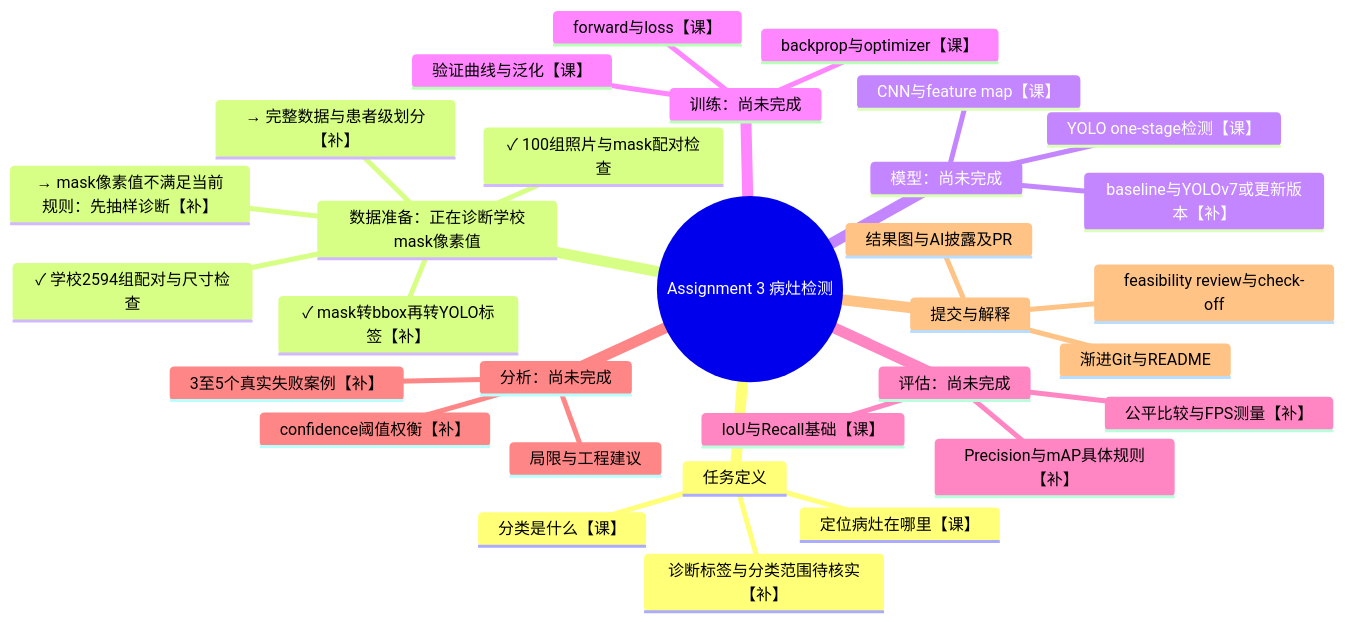
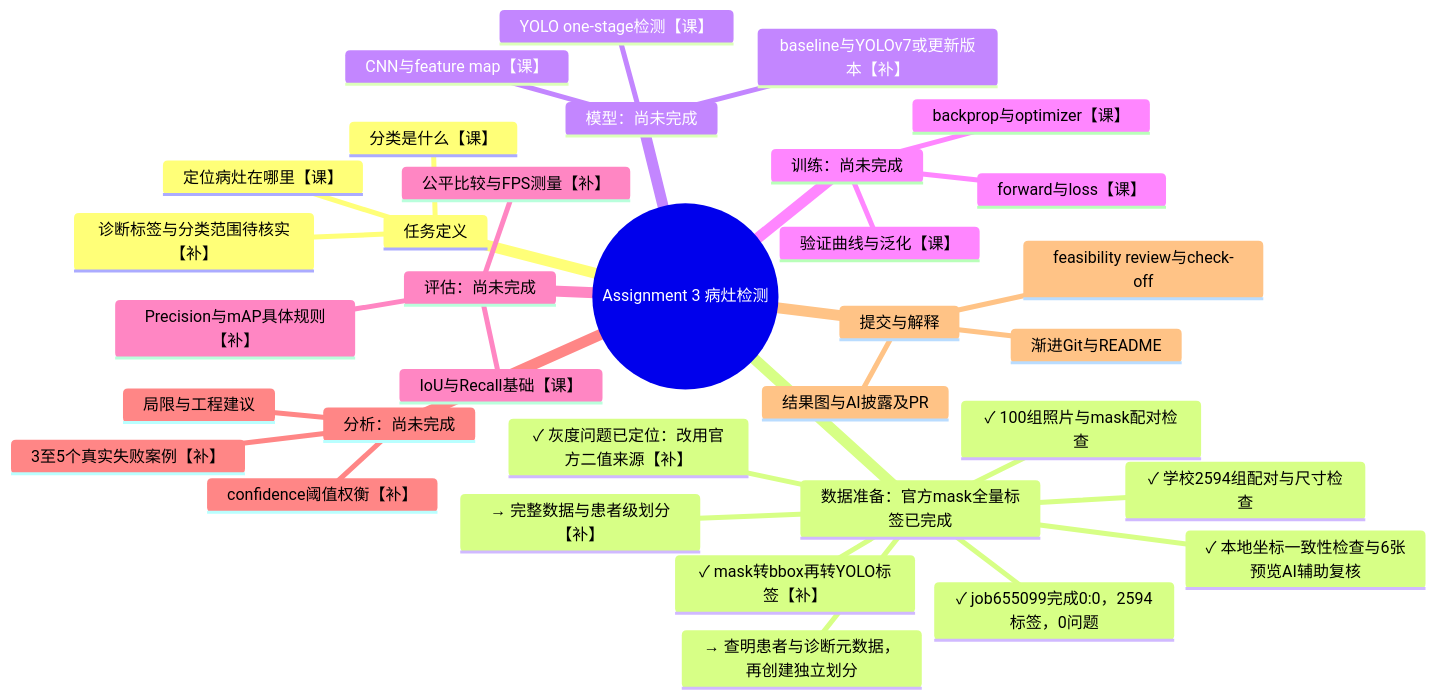
Before and after one commit to lucaaaas-glich/PatternAnalysis-2026: the diagram in recognition/YOLO_s4905914/PROJECT_MAP.md, drawn with Mermaid. The commit also changed other lines of this file and 2 other files, not shown here.

Commit message:
docs: record verified school label preparation and local QA

````diff
--- a/recognition/YOLO_s4905914/PROJECT_MAP.md
+++ b/recognition/YOLO_s4905914/PROJECT_MAP.md
@@ -17,34 +19,37 @@
 ```mermaid
 mindmap
   root((Assignment 3 病灶检测))
     任务定义
       定位病灶在哪里【课】
       分类是什么【课】
       诊断标签与分类范围待核实【补】
-    数据准备：正在诊断学校mask像素值
+    数据准备：官方mask全量标签已完成
       ✓ 100组照片与mask配对检查
       ✓ mask转bbox再转YOLO标签【补】
       ✓ 学校2594组配对与尺寸检查
-      → mask像素值不满足当前规则：先抽样诊断【补】
+      ✓ 灰度问题已定位：改用官方二值来源【补】
+      ✓ job655099完成0:0，2594标签，0问题
+      ✓ 本地坐标一致性检查与6张预览AI辅助复核
+      → 查明患者与诊断元数据，再创建独立划分
       → 完整数据与患者级划分【补】
     模型：尚未完成
       CNN与feature map【课】
       YOLO one-stage检测【课】
       baseline与YOLOv7或更新版本【补】
     训练：尚未完成
       forward与loss【课】
       backprop与optimizer【课】
       验证曲线与泛化【课】
     评估：尚未完成
       IoU与Recall基础【课】
       Precision与mAP具体规则【补】
       公平比较与FPS测量【补】
     分析：尚未完成
       confidence阈值权衡【补】
       3至5个真实失败案例【补】
       局限与工程建议
     提交与解释
       渐进Git与README
       feasibility review与check-off
       结果图与AI披露及PR
 ```
````
